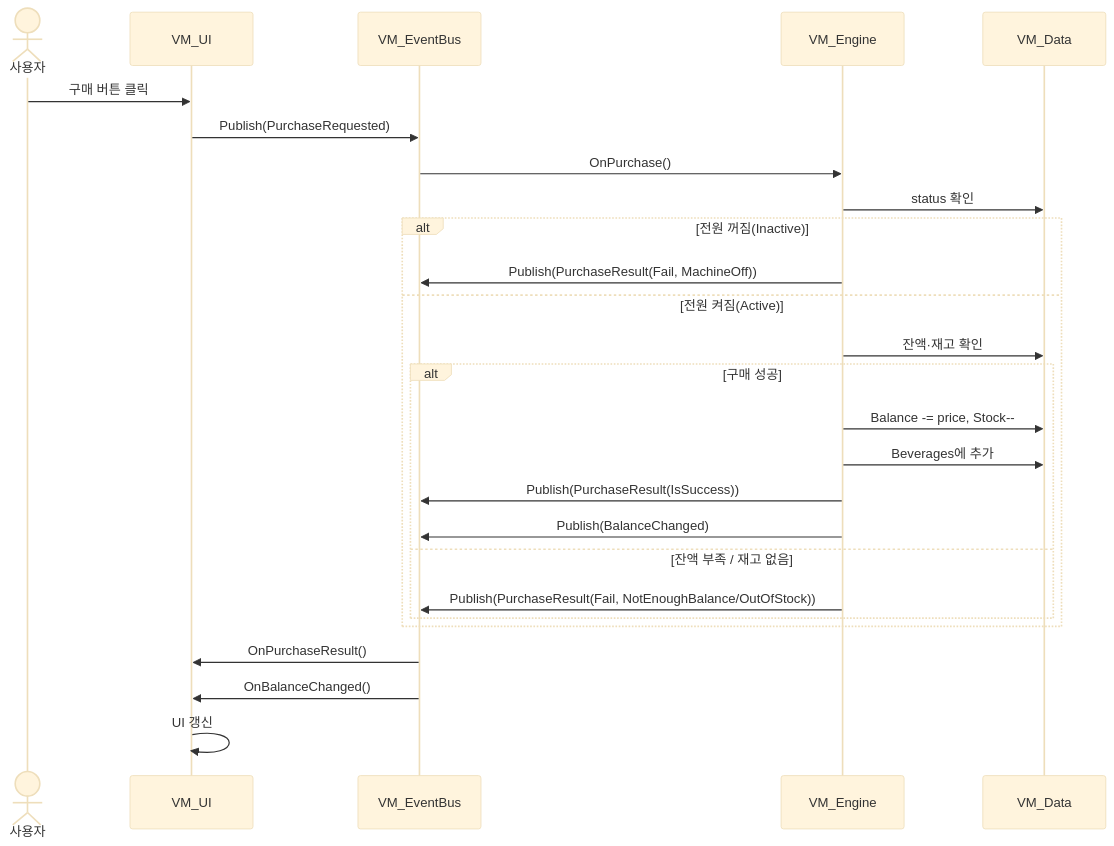
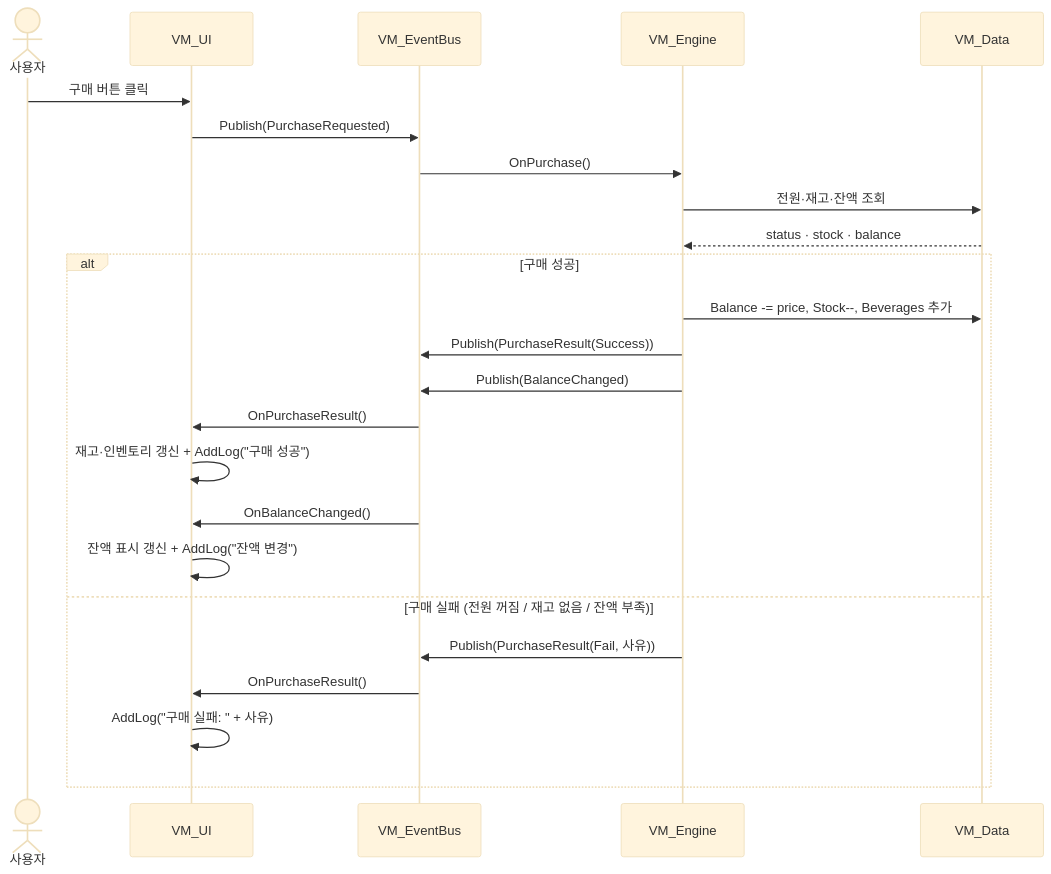
Before and after one commit to jms9896/Mybenefit_PreTest: the fifth of 6 diagrams in README.md, drawn with Mermaid (base theme). The commit also changed other lines of this file, not shown here.

Commit message:
20260614 - [클래스, 시퀀스] 다이어그램 수정

````diff
--- a/README.md
+++ b/README.md
@@ -211,29 +223,28 @@
     ```mermaid
     sequenceDiagram
         actor User as 사용자
         participant UI as VM_UI
         participant Bus as VM_EventBus
         participant Engine as VM_Engine
         participant Data as VM_Data
 
         User->>UI: 구매 버튼 클릭
         UI->>Bus: Publish(PurchaseRequested)
         Bus->>Engine: OnPurchase()
-        Engine->>Data: status 확인
-        alt 전원 꺼짐(Inactive)
-            Engine->>Bus: Publish(PurchaseResult(Fail, MachineOff))
-        else 전원 켜짐(Active)
-            Engine->>Data: 잔액·재고 확인
-            alt 구매 성공
-                Engine->>Data: Balance -= price, Stock--
-                Engine->>Data: Beverages에 추가
-                Engine->>Bus: Publish(PurchaseResult(IsSuccess))
-                Engine->>Bus: Publish(BalanceChanged)
-            else 잔액 부족 / 재고 없음
-                Engine->>Bus: Publish(PurchaseResult(Fail, NotEnoughBalance/OutOfStock))
-            end
+        Engine->>Data: 전원·재고·잔액 조회
+        Data-->>Engine: status · stock · balance
+        alt 구매 성공
+            Engine->>Data: Balance -= price, Stock--, Beverages 추가
+            Engine->>Bus: Publish(PurchaseResult(Success))
+            Engine->>Bus: Publish(BalanceChanged)
+            Bus->>UI: OnPurchaseResult()
+            UI->>UI: 재고·인벤토리 갱신 + AddLog("구매 성공")
+            Bus->>UI: OnBalanceChanged()
+            UI->>UI: 잔액 표시 갱신 + AddLog("잔액 변경")
+        else 구매 실패 (전원 꺼짐 / 재고 없음 / 잔액 부족)
+            Engine->>Bus: Publish(PurchaseResult(Fail, 사유))
+            Bus->>UI: OnPurchaseResult()
+            UI->>UI: AddLog("구매 실패: " + 사유)
         end
-        Bus->>UI: OnPurchaseResult()
-        Bus->>UI: OnBalanceChanged()
-        UI->>UI: UI 갱신
+
     ```
````
